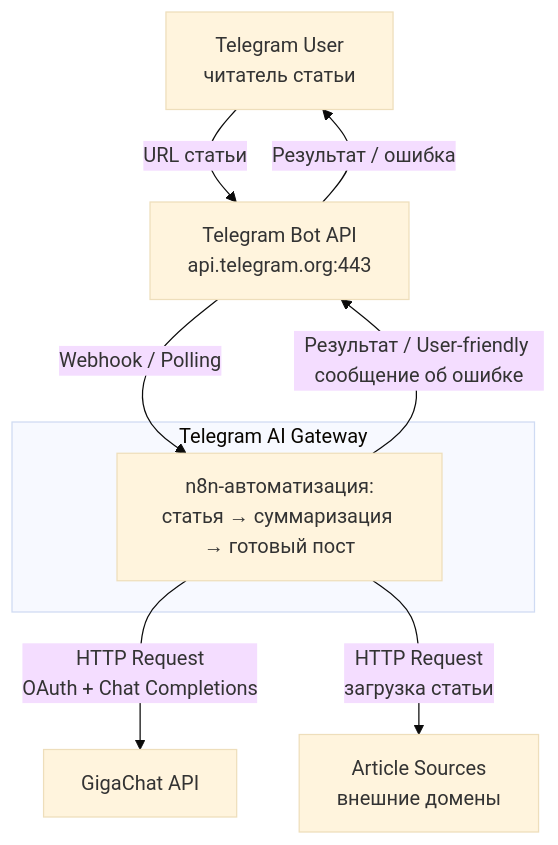
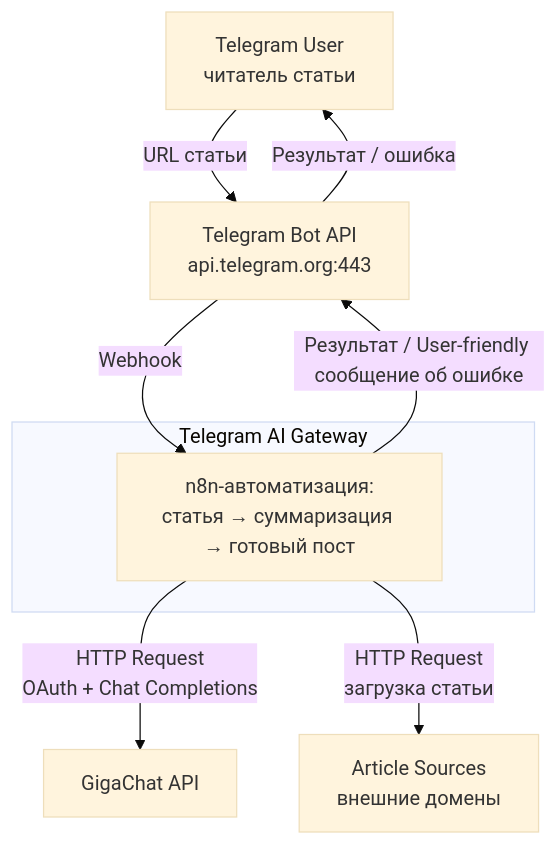
One commit to AlexLvGulyaev/telegram-ai-gateway changed the first of 8 diagrams in docs/architecture.md. Above: the diagram before and after it, drawn with Mermaid (base theme). The commit also changed other lines of this file and 5 other files, not shown here.

First line of the commit message:
docs(deploy): DV 2026-09-16 — polling снят, только webhook

````diff
--- a/docs/architecture.md
+++ b/docs/architecture.md
@@ -11,16 +11,16 @@
 ```mermaid
 flowchart TB
     User[Telegram User<br/>читатель статьи]
 
     subgraph System[Telegram AI Gateway]
         Gateway[n8n-автоматизация:<br/>статья → суммаризация → готовый пост]
     end
 
     User -->|URL статьи| BotAPI[Telegram Bot API<br/>api.telegram.org:443]
-    BotAPI -->|Webhook / Polling| Gateway
+    BotAPI -->|Webhook| Gateway
     Gateway -->|Результат / User-friendly сообщение об ошибке| BotAPI
     BotAPI -->|Результат / ошибка| User
 
     Gateway -->|HTTP Request<br/>OAuth + Chat Completions| GigaChatAPI[GigaChat API]
     Gateway -->|HTTP Request<br/>загрузка статьи| ArticleSources[Article Sources<br/>внешние домены]
 ```
````
